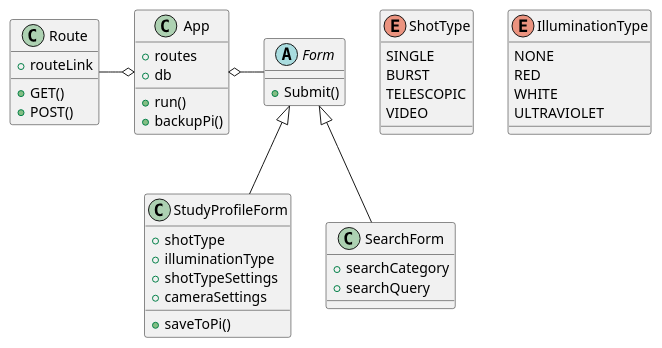
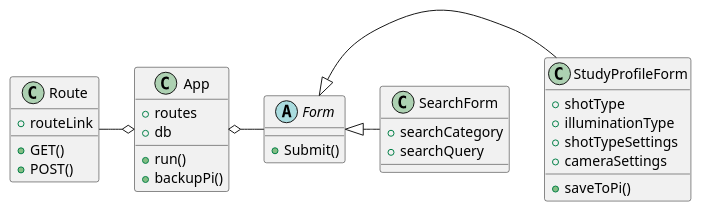
The diagram in M.O.S.I.S_Host_Software/Reports/Progress_Report_3/Main_Document/Figures/class_diagram.pu (fabiomatos999/M.O.S.I.S), drawn with PlantUML before and after one commit. The commit also changed 6 other files, not shown here.

```diff
--- a/M.O.S.I.S_Host_Software/Reports/Progress_Report_3/Main_Document/Figures/class_diagram.pu
+++ b/M.O.S.I.S_Host_Software/Reports/Progress_Report_3/Main_Document/Figures/class_diagram.pu
@@ -1,43 +1,31 @@
 @startuml
 class App {
 	+ routes
 	+ db
 	+ run()
 	+ backupPi()
 }
 class Route {
 	+ routeLink
 	+ GET()
 	+ POST()
 }
 abstract Form {
 	+ Submit()
 }
 class StudyProfileForm {
 	+ shotType
 	+ illuminationType
 	+ shotTypeSettings
 	+ cameraSettings
 	+ saveToPi()
 }
 class SearchForm {
 	+ searchCategory
 	+ searchQuery
 }
-enum ShotType {
-	SINGLE
-	BURST
-	TELESCOPIC
-	VIDEO
-}
-enum IlluminationType {
-	NONE
-	RED
-	WHITE
-	ULTRAVIOLET	
-}
 App o-left- Route
 App o-right- Form
-Form <|-- StudyProfileForm
-Form <|-- SearchForm
+Form <|-right- StudyProfileForm
+Form <|-right- SearchForm
 @enduml
```
